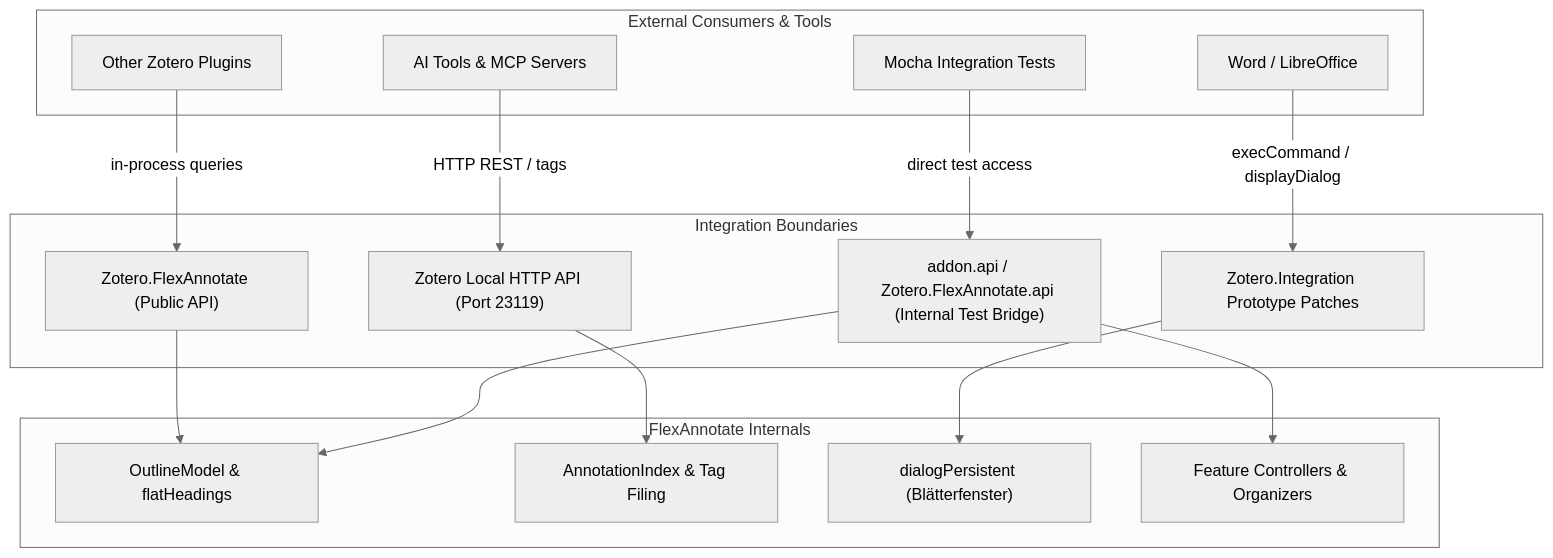
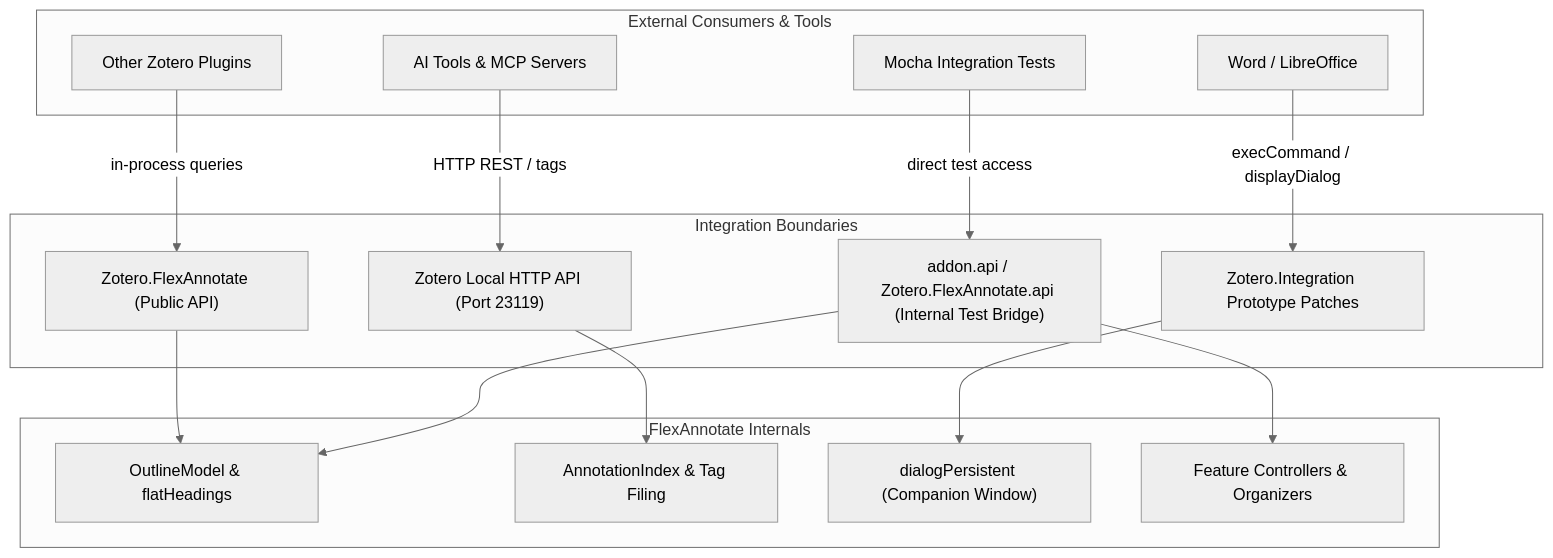
One commit to justanotherjurastudent/zotero_FlexAnnotate changed the first of 3 diagrams in openwiki/integrations/external-api.md. Above: the diagram before and after it, drawn with Mermaid (neutral theme). The commit also changed other lines of this file and 38 other files, not shown here.

````diff
--- a/openwiki/integrations/external-api.md
+++ b/openwiki/integrations/external-api.md
@@ -49,34 +65,34 @@
 ```mermaid
 flowchart TD
     subgraph ExternalConsumers["External Consumers & Tools"]
         EXT_PLUG["Other Zotero Plugins"]
         MCP["AI Tools & MCP Servers"]
         WP["Word / LibreOffice"]
         TESTS["Mocha Integration Tests"]
     end
 
     subgraph Boundaries["Integration Boundaries"]
         PUB_NS["Zotero.FlexAnnotate (Public API)"]
         TEST_API["addon.api / Zotero.FlexAnnotate.api (Internal Test Bridge)"]
         HTTP_API["Zotero Local HTTP API (Port 23119)"]
         WORD_PATCH["Zotero.Integration Prototype Patches"]
     end
 
     subgraph InternalCore["FlexAnnotate Internals"]
         OM["OutlineModel & flatHeadings"]
         IDX["AnnotationIndex & Tag Filing"]
-        DLG["dialogPersistent (Blätterfenster)"]
+        DLG["dialogPersistent (Companion Window)"]
         CTRLS["Feature Controllers & Organizers"]
     end
 
     EXT_PLUG -->|in-process queries| PUB_NS
     TESTS -->|direct test access| TEST_API
     MCP -->|HTTP REST / tags| HTTP_API
     WP -->|execCommand / displayDialog| WORD_PATCH
 
     PUB_NS --> OM
     TEST_API --> CTRLS
     TEST_API --> OM
     HTTP_API --> IDX
     WORD_PATCH --> DLG
 ```
````
